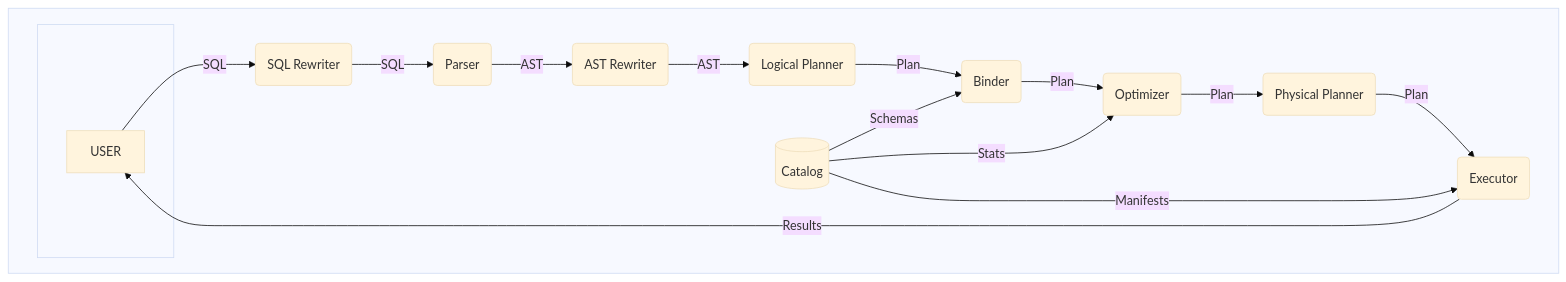
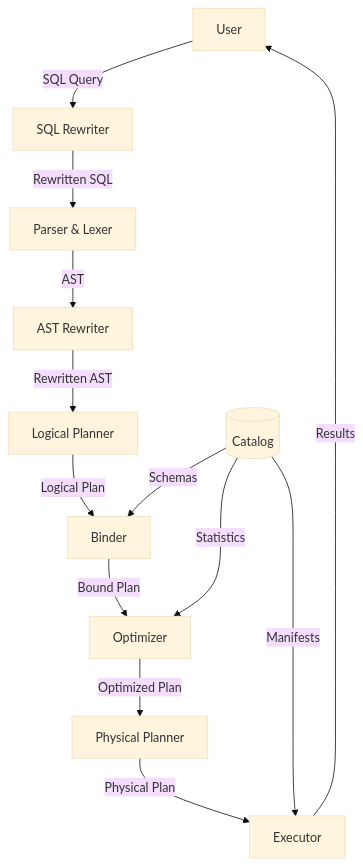
The diagram in docs/contributing/internals/overview.md (mabel-dev/opteryx.dev), drawn with Mermaid (base theme) before and after one commit. The commit also changed 6 other files, not shown here.

```diff
--- a/docs/contributing/internals/overview.md
+++ b/docs/contributing/internals/overview.md
@@ -1,22 +1,28 @@
 ~~~mermaid
 flowchart TD
 
-    subgraph  
-        subgraph Z[" "]
-            USER
-        end
-        EXE --> |Results| USER
-        USER  --> |SQL| SQLRE(SQL Rewriter)
-        PHYPL --> |Plan| EXE(Executor)
-        SQLRE --> |SQL| PARSER(Parser)
-        PARSER --> |AST| ASTRE(AST Rewriter)
-        ASTRE --> |AST| LOGPL(Logical Planner)
-        LOGPL --> |Plan| BINDER(Binder)
-        OPT --> |Plan| PHYPL(Physical Planner)
-        CATALOG[(Catalog)] --> |Schemas| BINDER
-        CATALOG --> |Stats| OPT(Optimizer)
-        CATALOG --> |Manifests| EXE
-        BINDER --> |Plan| OPT
+    USER[User]
+    SQLRE[SQL Rewriter]
+    PARSER[Parser & Lexer]
+    ASTRE[AST Rewriter]
+    LOGPL[Logical Planner]
+    BINDER[Binder]
+    OPT[Optimizer]
+    PHYPL[Physical Planner]
+    EXE[Executor]
+    CATALOG[(Catalog)]
 
-    end
+    USER -->|SQL Query| SQLRE
+    SQLRE -->|Rewritten SQL| PARSER
+    PARSER -->|AST| ASTRE
+    ASTRE -->|Rewritten AST| LOGPL
+    LOGPL -->|Logical Plan| BINDER
+    BINDER -->|Bound Plan| OPT
+    OPT -->|Optimized Plan| PHYPL
+    PHYPL -->|Physical Plan| EXE
+    EXE -->|Results| USER
+    
+    CATALOG -->|Schemas| BINDER
+    CATALOG -->|Statistics| OPT
+    CATALOG -->|Manifests| EXE
 ~~~
```
